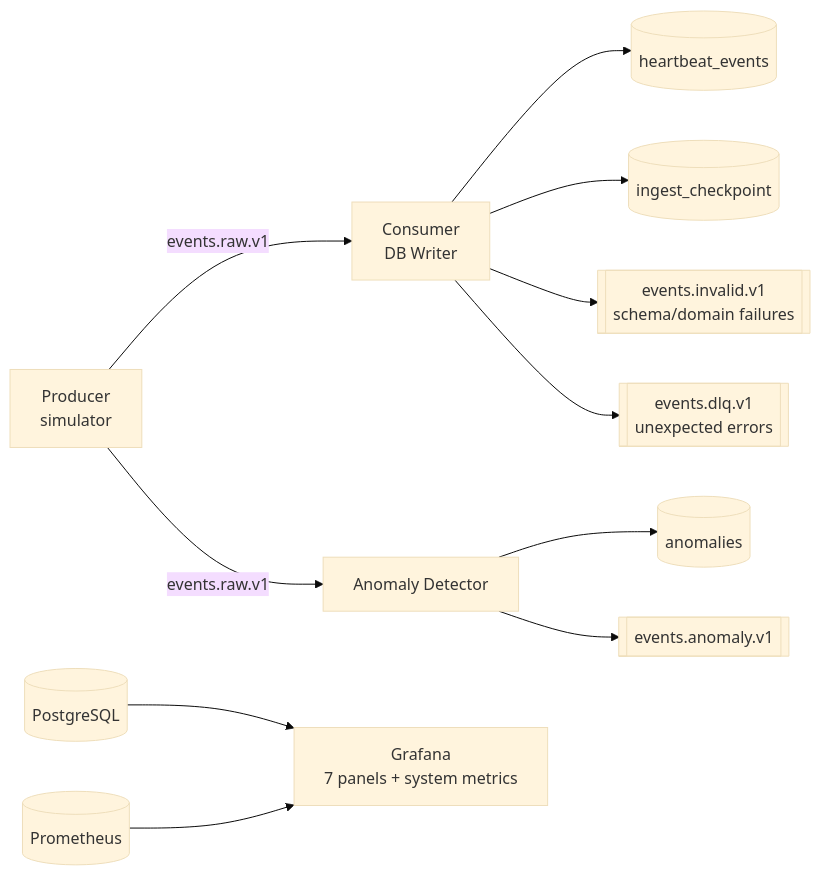
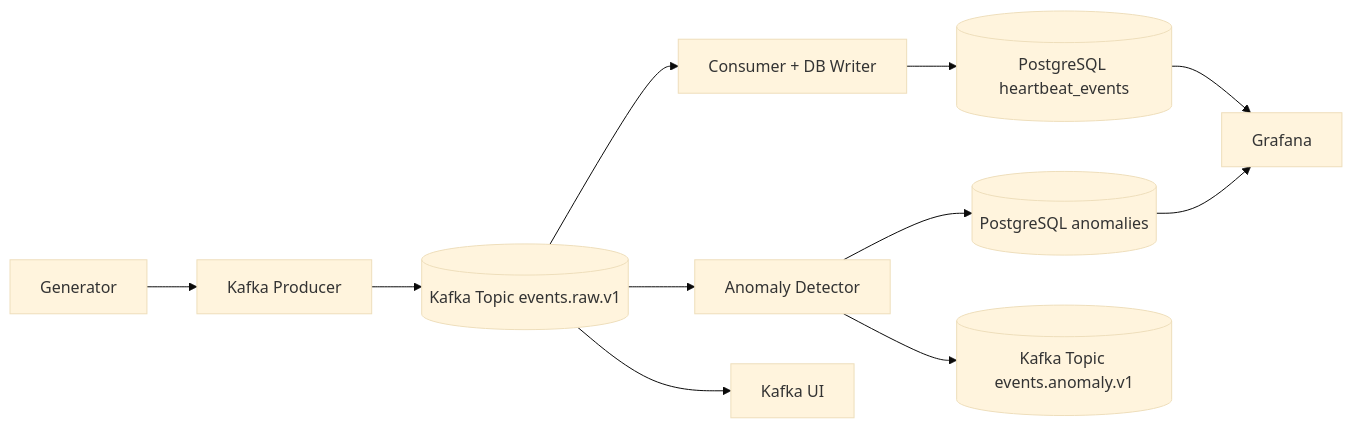
Before and after one commit to DE-E-K/DEM10: the diagram in README.md, drawn with Mermaid (base theme). The commit also changed other lines of this file and 17 other files, not shown here.

````diff
--- a/README.md
+++ b/README.md
@@ -9,31 +9,13 @@
 ```mermaid
 flowchart LR
-        producer[Producer<br/>simulator]
-        consumer[Consumer<br/>DB Writer]
-        detector[Anomaly Detector]
-
-        heartbeat[(heartbeat_events)]
-        checkpoint[(ingest_checkpoint)]
-        anomalies[(anomalies)]
-        invalid[[events.invalid.v1<br/>schema/domain failures]]
-        dlq[[events.dlq.v1<br/>unexpected errors]]
-        anomaly_topic[[events.anomaly.v1]]
-
-        postgres[(PostgreSQL)]
-        prometheus[(Prometheus)]
-        grafana[Grafana<br/>7 panels + system metrics]
-
-        producer -->|events.raw.v1| consumer
-        producer -->|events.raw.v1| detector
-
-        consumer --> heartbeat
-        consumer --> checkpoint
-        consumer --> invalid
-        consumer --> dlq
-
-        detector --> anomalies
-        detector --> anomaly_topic
-
-        postgres --> grafana
-        prometheus --> grafana
+  G[Generator] --> P[Kafka Producer]
+  P --> K[(Kafka Topic events.raw.v1)]
+  K --> C[Consumer + DB Writer]
+  K --> A[Anomaly Detector]
+  C --> D[(PostgreSQL heartbeat_events)]
+  A --> AD[(PostgreSQL anomalies)]
+  A --> KA[(Kafka Topic events.anomaly.v1)]
+  D --> GR[Grafana]
+  AD --> GR
+  K --> UI[Kafka UI]
 ```
````
